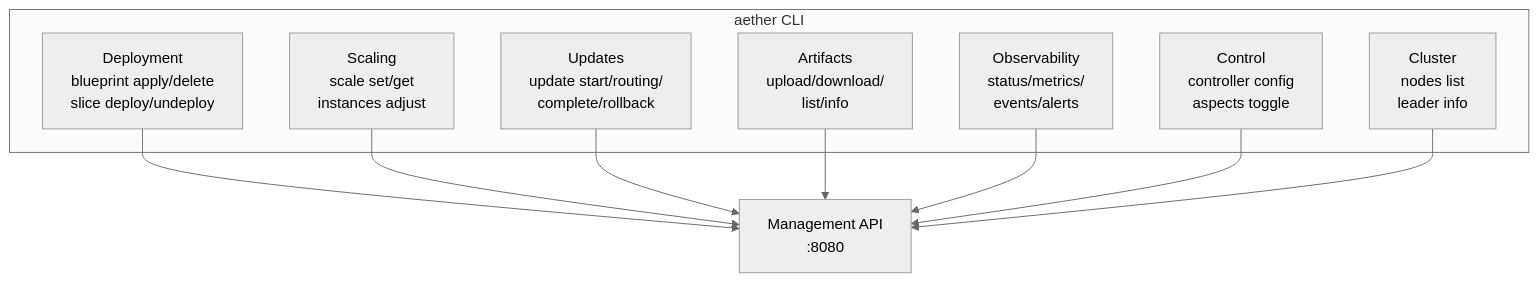
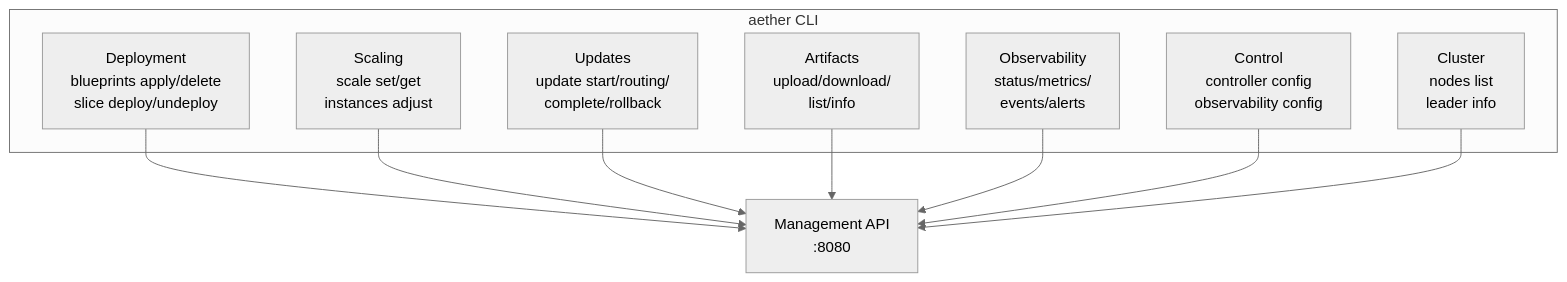
One commit to pragmaticalabs/pragmatica changed the first of 3 diagrams in aether/docs/architecture/12-management.md. Above: the diagram before and after it, drawn with Mermaid (neutral theme). The commit also changed other lines of this file and 360 other files, not shown here.

````diff
--- a/aether/docs/architecture/12-management.md
+++ b/aether/docs/architecture/12-management.md
@@ -11,20 +13,20 @@
 ```mermaid
 graph TB
     subgraph CLI["aether CLI"]
-        Deploy["Deployment<br/>blueprint apply/delete<br/>slice deploy/undeploy"]
+        Deploy["Deployment<br/>blueprints apply/delete<br/>slice deploy/undeploy"]
         Scale["Scaling<br/>scale set/get<br/>instances adjust"]
         Update["Updates<br/>update start/routing/<br/>complete/rollback"]
         Artifact["Artifacts<br/>upload/download/<br/>list/info"]
         Observe["Observability<br/>status/metrics/<br/>events/alerts"]
-        Control["Control<br/>controller config<br/>aspects toggle"]
+        Control["Control<br/>controller config<br/>observability config"]
         Cluster["Cluster<br/>nodes list<br/>leader info"]
     end
 
     Deploy --> API["Management API<br/>:8080"]
     Scale --> API
     Update --> API
     Artifact --> API
     Observe --> API
     Control --> API
     Cluster --> API
 ```
````
